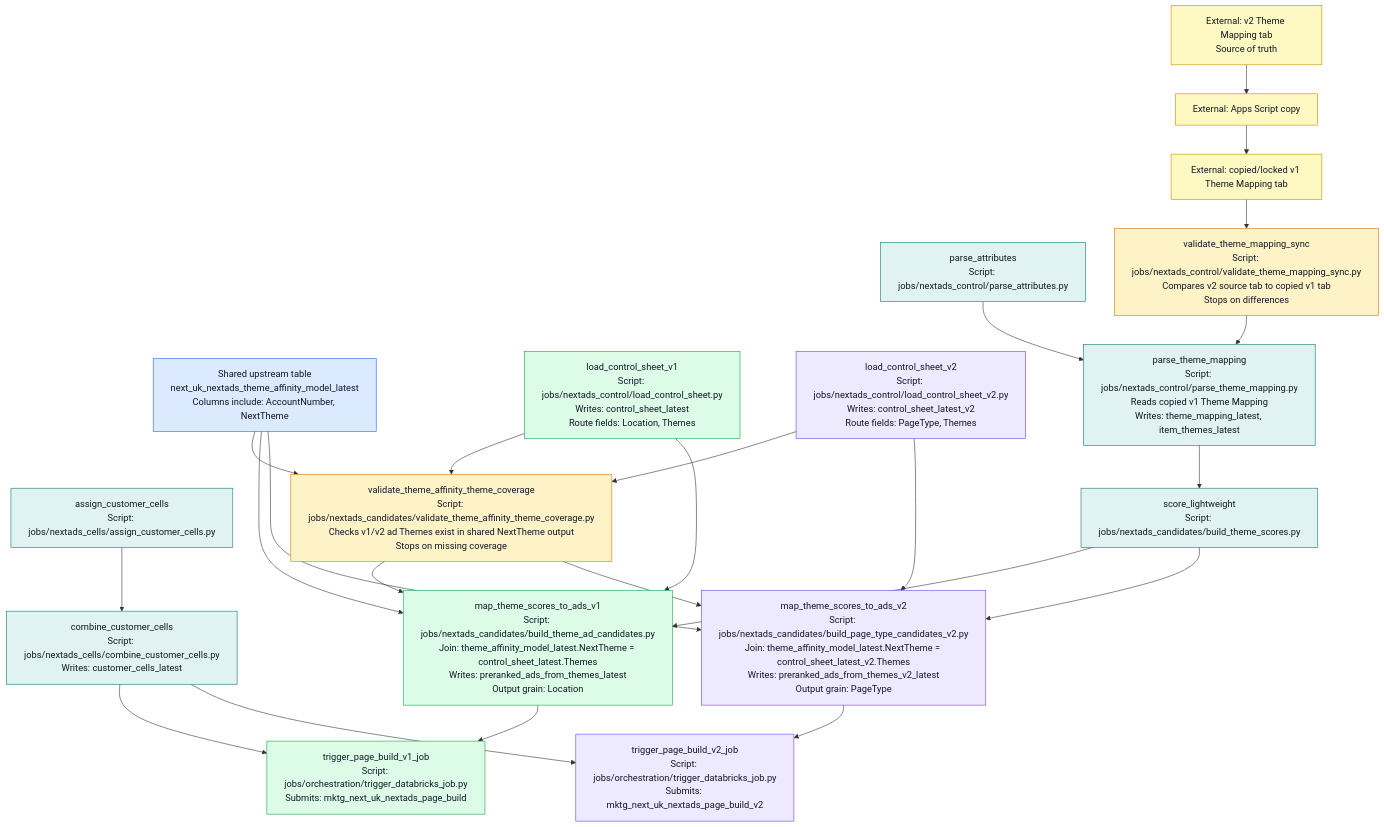
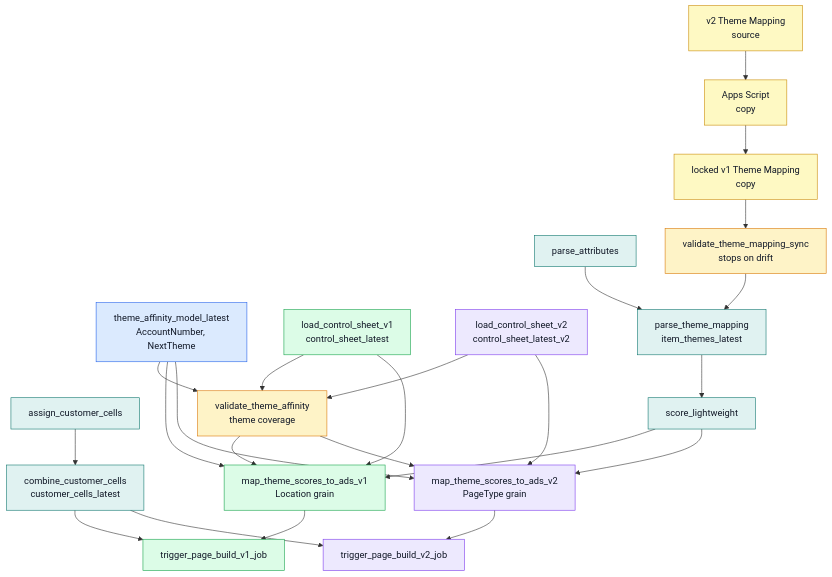
One commit to swblain-glyndwr/personal_project changed the second of 2 diagrams in docs/architecture/v1_v2_parallel_route.md. Above: the diagram before and after it, drawn with Mermaid. The commit also changed other lines of this file and 1 other file, not shown here.

Commit message:
Clean up v1 v2 route DAG docs

````diff
--- a/docs/architecture/v1_v2_parallel_route.md
+++ b/docs/architecture/v1_v2_parallel_route.md
@@ -94,57 +94,57 @@
 ```mermaid
 flowchart TD
   classDef sharedModel fill:#dbeafe,stroke:#2563eb,color:#111827
   classDef sharedTask fill:#e0f2f1,stroke:#0f766e,color:#111827
   classDef v1 fill:#dcfce7,stroke:#16a34a,color:#111827
   classDef v2 fill:#ede9fe,stroke:#7c3aed,color:#111827
   classDef guardrail fill:#fef3c7,stroke:#d97706,color:#111827
   classDef external fill:#fef9c3,stroke:#ca8a04,color:#111827
 
-  V2TM2["External: v2 Theme Mapping tab<br/>Source of truth"]:::external
-  COPY2["External: Apps Script copy"]:::external
-  V1TM2["External: copied/locked v1 Theme Mapping tab"]:::external
+  V2TM2["v2 Theme Mapping<br/>source"]:::external
+  COPY2["Apps Script<br/>copy"]:::external
+  V1TM2["locked v1 Theme Mapping<br/>copy"]:::external
   V2TM2 --> COPY2 --> V1TM2
 
-  TA_LATEST["Shared upstream table<br/>next_uk_nextads_theme_affinity_model_latest<br/>Columns include: AccountNumber, NextTheme"]:::sharedModel
+  TA_LATEST["theme_affinity_model_latest<br/>AccountNumber, NextTheme"]:::sharedModel
 
-  ASSIGN["assign_customer_cells<br/>Script: jobs/nextads_cells/assign_customer_cells.py"]:::sharedTask
-  COMBINE["combine_customer_cells<br/>Script: jobs/nextads_cells/combine_customer_cells.py<br/>Writes: customer_cells_latest"]:::sharedTask
+  ASSIGN["assign_customer_cells"]:::sharedTask
+  COMBINE["combine_customer_cells<br/>customer_cells_latest"]:::sharedTask
   ASSIGN --> COMBINE
 
-  LOAD_V1["load_control_sheet_v1<br/>Script: jobs/nextads_control/load_control_sheet.py<br/>Writes: control_sheet_latest<br/>Route fields: Location, Themes"]:::v1
-  LOAD_V2["load_control_sheet_v2<br/>Script: jobs/nextads_control/load_control_sheet_v2.py<br/>Writes: control_sheet_latest_v2<br/>Route fields: PageType, Themes"]:::v2
+  LOAD_V1["load_control_sheet_v1<br/>control_sheet_latest"]:::v1
+  LOAD_V2["load_control_sheet_v2<br/>control_sheet_latest_v2"]:::v2
 
-  ATTR["parse_attributes<br/>Script: jobs/nextads_control/parse_attributes.py"]:::sharedTask
-  SYNC["validate_theme_mapping_sync<br/>Script: jobs/nextads_control/validate_theme_mapping_sync.py<br/>Compares v2 source tab to copied v1 tab<br/>Stops on differences"]:::guardrail
-  THEME_MAP["parse_theme_mapping<br/>Script: jobs/nextads_control/parse_theme_mapping.py<br/>Reads copied v1 Theme Mapping<br/>Writes: theme_mapping_latest, item_themes_latest"]:::sharedTask
-  SCORE["score_lightweight<br/>Script: jobs/nextads_candidates/build_theme_scores.py"]:::sharedTask
+  ATTR["parse_attributes"]:::sharedTask
+  SYNC["validate_theme_mapping_sync<br/>stops on drift"]:::guardrail
+  THEME_MAP["parse_theme_mapping<br/>item_themes_latest"]:::sharedTask
+  SCORE["score_lightweight"]:::sharedTask
 
   V1TM2 --> SYNC
   ATTR --> THEME_MAP
   SYNC --> THEME_MAP
   THEME_MAP --> SCORE
 
-  COVER["validate_theme_affinity_theme_coverage<br/>Script: jobs/nextads_candidates/validate_theme_affinity_theme_coverage.py<br/>Checks v1/v2 ad Themes exist in shared NextTheme output<br/>Stops on missing coverage"]:::guardrail
+  COVER["validate_theme_affinity<br/>theme coverage"]:::guardrail
   LOAD_V1 --> COVER
   LOAD_V2 --> COVER
   TA_LATEST --> COVER
 
-  MAP_V1["map_theme_scores_to_ads_v1<br/>Script: jobs/nextads_candidates/build_theme_ad_candidates.py<br/>Join: theme_affinity_model_latest.NextTheme = control_sheet_latest.Themes<br/>Writes: preranked_ads_from_themes_latest<br/>Output grain: Location"]:::v1
-  MAP_V2["map_theme_scores_to_ads_v2<br/>Script: jobs/nextads_candidates/build_page_type_candidates_v2.py<br/>Join: theme_affinity_model_latest.NextTheme = control_sheet_latest_v2.Themes<br/>Writes: preranked_ads_from_themes_v2_latest<br/>Output grain: PageType"]:::v2
+  MAP_V1["map_theme_scores_to_ads_v1<br/>Location grain"]:::v1
+  MAP_V2["map_theme_scores_to_ads_v2<br/>PageType grain"]:::v2
 
   TA_LATEST --> MAP_V1
   TA_LATEST --> MAP_V2
   SCORE --> MAP_V1
   SCORE --> MAP_V2
   LOAD_V1 --> MAP_V1
   LOAD_V2 --> MAP_V2
   COVER --> MAP_V1
   COVER --> MAP_V2
 
-  TRIGGER_V1["trigger_page_build_v1_job<br/>Script: jobs/orchestration/trigger_databricks_job.py<br/>Submits: mktg_next_uk_nextads_page_build"]:::v1
-  TRIGGER_V2["trigger_page_build_v2_job<br/>Script: jobs/orchestration/trigger_databricks_job.py<br/>Submits: mktg_next_uk_nextads_page_build_v2"]:::v2
+  TRIGGER_V1["trigger_page_build_v1_job"]:::v1
+  TRIGGER_V2["trigger_page_build_v2_job"]:::v2
   COMBINE --> TRIGGER_V1
   MAP_V1 --> TRIGGER_V1
   COMBINE --> TRIGGER_V2
   MAP_V2 --> TRIGGER_V2
 ```
````
